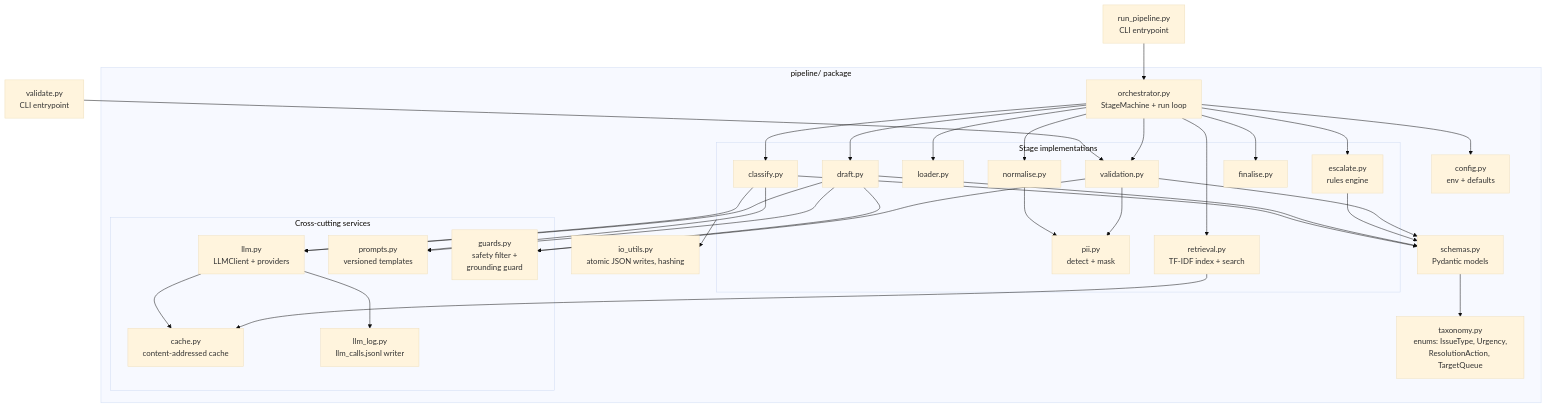
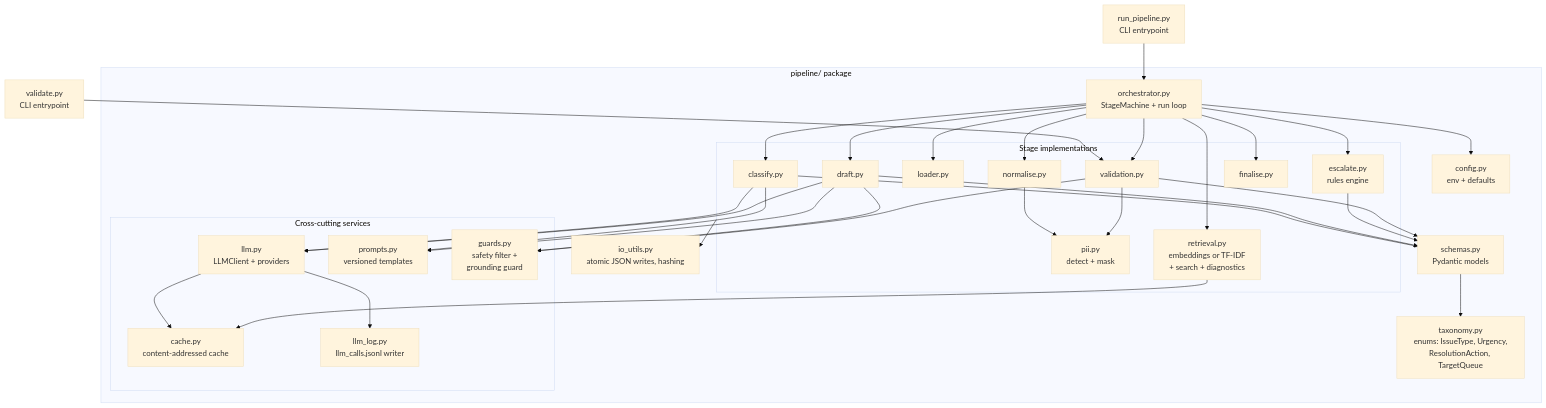
The second of 13 diagrams in DESIGN.md (nadeemcite/support-ticket-pipeline), drawn with Mermaid (base theme) before and after one commit. The commit also changed other lines of this file and 31 other files, not shown here.

````diff
--- a/DESIGN.md
+++ b/DESIGN.md
@@ -67,51 +67,51 @@
 ```mermaid
 flowchart TB
     CLI[run_pipeline.py<br/>CLI entrypoint] --> ORCH
 
     subgraph Core["pipeline/ package"]
         ORCH[orchestrator.py<br/>StageMachine + run loop]
         CFG[config.py<br/>env + defaults]
         TAX[taxonomy.py<br/>enums: IssueType, Urgency,<br/>ResolutionAction, TargetQueue]
         SCH[schemas.py<br/>Pydantic models]
         IO[io_utils.py<br/>atomic JSON writes, hashing]
 
         subgraph Stages["Stage implementations"]
             LOAD[loader.py]
             NORM[normalise.py]
             PII[pii.py<br/>detect + mask]
-            RET[retrieval.py<br/>TF-IDF index + search]
+            RET[retrieval.py<br/>embeddings or TF-IDF<br/>+ search + diagnostics]
             CLS[classify.py]
             DRF[draft.py]
             ESC[escalate.py<br/>rules engine]
             VAL[validation.py]
             FIN[finalise.py]
         end
 
         subgraph Support["Cross-cutting services"]
             LLM[llm.py<br/>LLMClient + providers]
             PRM[prompts.py<br/>versioned templates]
             GRD[guards.py<br/>safety filter +<br/>grounding guard]
             CACHE[cache.py<br/>content-addressed cache]
             LOG[llm_log.py<br/>llm_calls.jsonl writer]
         end
     end
 
     NORM --> PII
     VAL --> PII
     VCLI[validate.py<br/>CLI entrypoint] --> VAL
 
     ORCH --> LOAD & NORM & RET & CLS & DRF & ESC & VAL & FIN
     CLS --> LLM
     DRF --> LLM
     CLS --> PRM
     DRF --> PRM
     DRF --> GRD
     VAL --> GRD
     LLM --> LOG
     LLM --> CACHE
     RET --> CACHE
     CLS & DRF & ESC & VAL --> SCH
     SCH --> TAX
     ORCH --> CFG
     Stages --> IO
 ```
````
